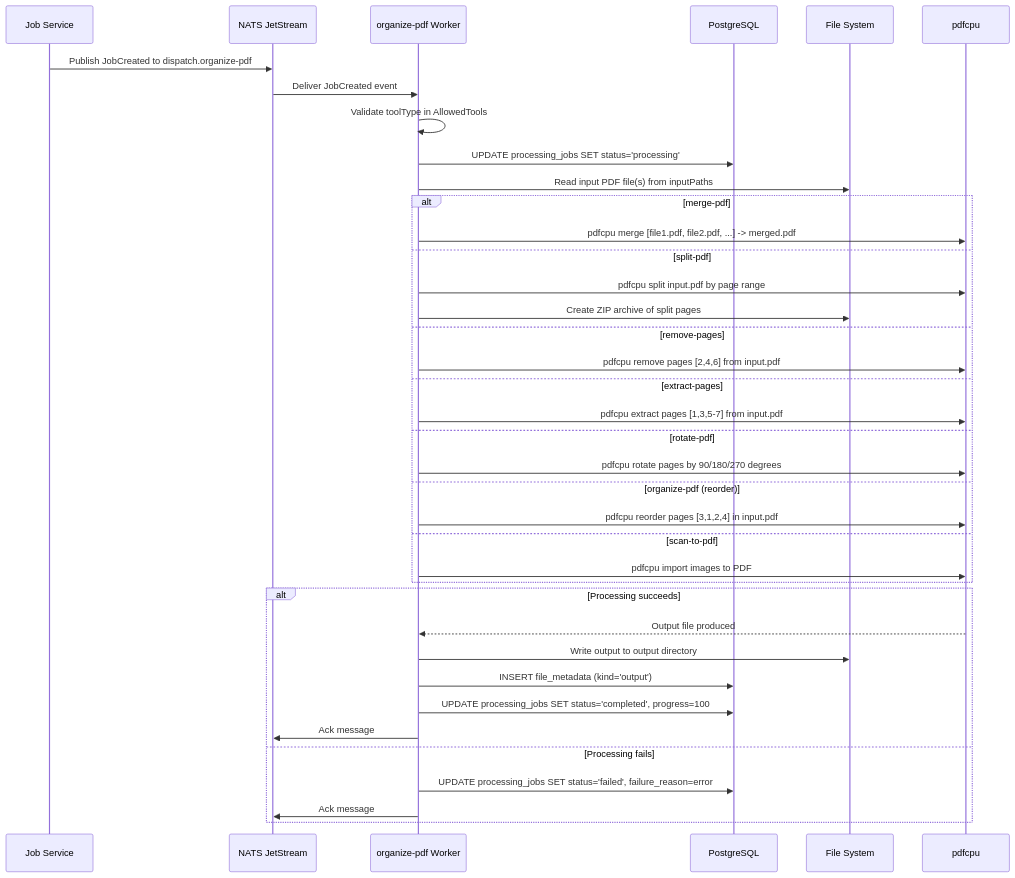
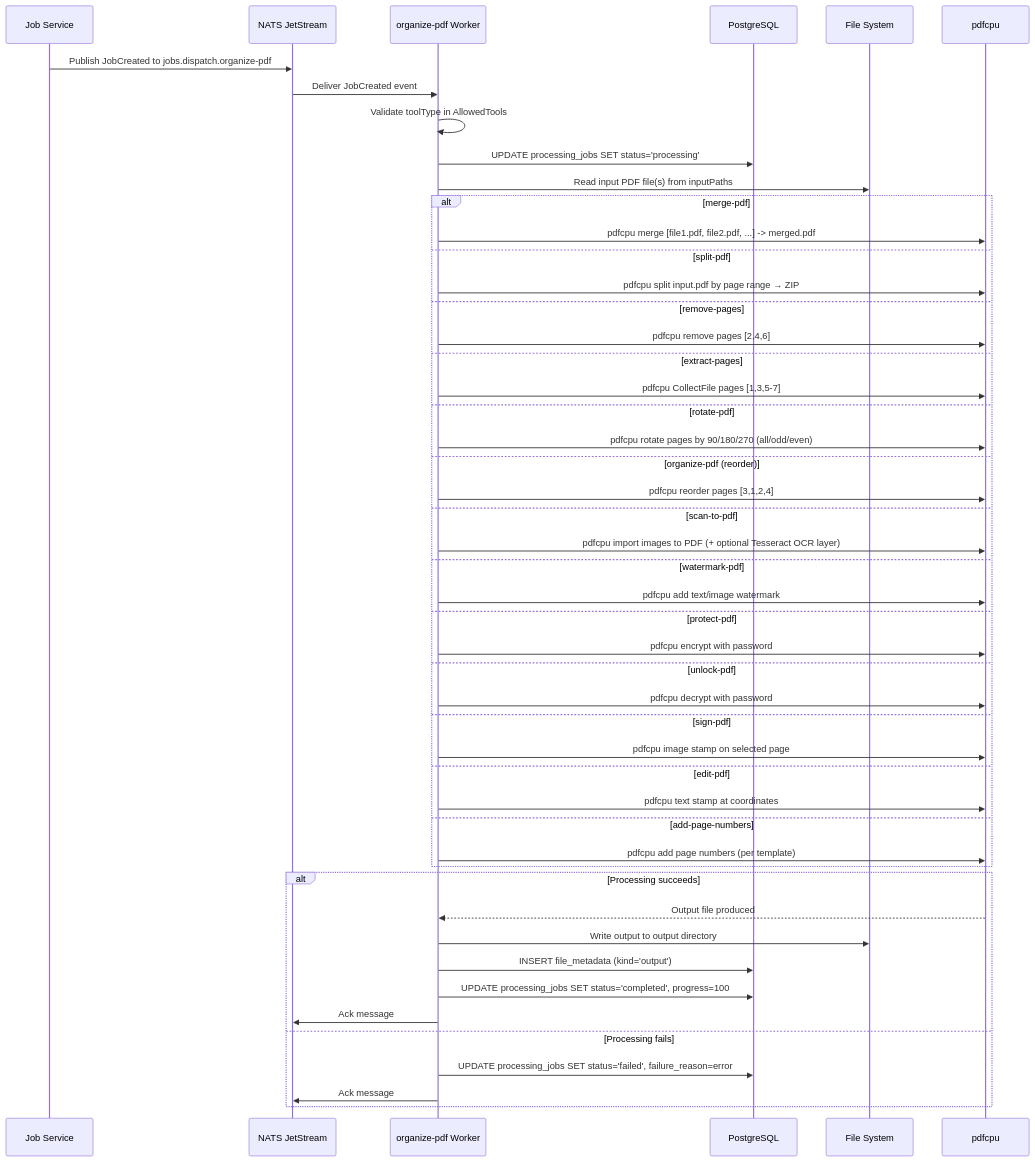
One commit to Prachidubey2003/fyredocs_backend changed the first of 4 diagrams in docs/developer/services/ORGANIZE_PDF.md. Above: the diagram before and after it, drawn with Mermaid. The commit also changed other lines of this file and 39 other files, not shown here.

Commit message:
Refactor PDF services to use NATS JetStream for job dispatch and event publishing; enhance documentation for OPTIMIZE_PDF and ORGANIZE_PDF services; remove deprecated UPLOAD_SERVICE documentation; update OpenAPI spec for improved clarity and accuracy.

````diff
--- a/docs/developer/services/ORGANIZE_PDF.md
+++ b/docs/developer/services/ORGANIZE_PDF.md
@@ -469,45 +550,56 @@
 ```mermaid
 sequenceDiagram
     participant JS as Job Service
     participant NATS as NATS JetStream
     participant W as organize-pdf Worker
     participant DB as PostgreSQL
     participant FS as File System
     participant PC as pdfcpu
 
-    JS->>NATS: Publish JobCreated to dispatch.organize-pdf
+    JS->>NATS: Publish JobCreated to jobs.dispatch.organize-pdf
     NATS->>W: Deliver JobCreated event
 
     W->>W: Validate toolType in AllowedTools
     W->>DB: UPDATE processing_jobs SET status='processing'
 
     W->>FS: Read input PDF file(s) from inputPaths
 
     alt merge-pdf
         W->>PC: pdfcpu merge [file1.pdf, file2.pdf, ...] -> merged.pdf
     else split-pdf
-        W->>PC: pdfcpu split input.pdf by page range
-        W->>FS: Create ZIP archive of split pages
+        W->>PC: pdfcpu split input.pdf by page range → ZIP
     else remove-pages
-        W->>PC: pdfcpu remove pages [2,4,6] from input.pdf
+        W->>PC: pdfcpu remove pages [2,4,6]
     else extract-pages
-        W->>PC: pdfcpu extract pages [1,3,5-7] from input.pdf
+        W->>PC: pdfcpu CollectFile pages [1,3,5-7]
     else rotate-pdf
-        W->>PC: pdfcpu rotate pages by 90/180/270 degrees
+        W->>PC: pdfcpu rotate pages by 90/180/270 (all/odd/even)
     else organize-pdf (reorder)
-        W->>PC: pdfcpu reorder pages [3,1,2,4] in input.pdf
+        W->>PC: pdfcpu reorder pages [3,1,2,4]
     else scan-to-pdf
-        W->>PC: pdfcpu import images to PDF
+        W->>PC: pdfcpu import images to PDF (+ optional Tesseract OCR layer)
+    else watermark-pdf
+        W->>PC: pdfcpu add text/image watermark
+    else protect-pdf
+        W->>PC: pdfcpu encrypt with password
+    else unlock-pdf
+        W->>PC: pdfcpu decrypt with password
+    else sign-pdf
+        W->>PC: pdfcpu image stamp on selected page
+    else edit-pdf
+        W->>PC: pdfcpu text stamp at coordinates
+    else add-page-numbers
+        W->>PC: pdfcpu add page numbers (per template)
     end
 
     alt Processing succeeds
         PC-->>W: Output file produced
         W->>FS: Write output to output directory
         W->>DB: INSERT file_metadata (kind='output')
         W->>DB: UPDATE processing_jobs SET status='completed', progress=100
         W->>NATS: Ack message
     else Processing fails
         W->>DB: UPDATE processing_jobs SET status='failed', failure_reason=error
         W->>NATS: Ack message
     end
 ```
````
